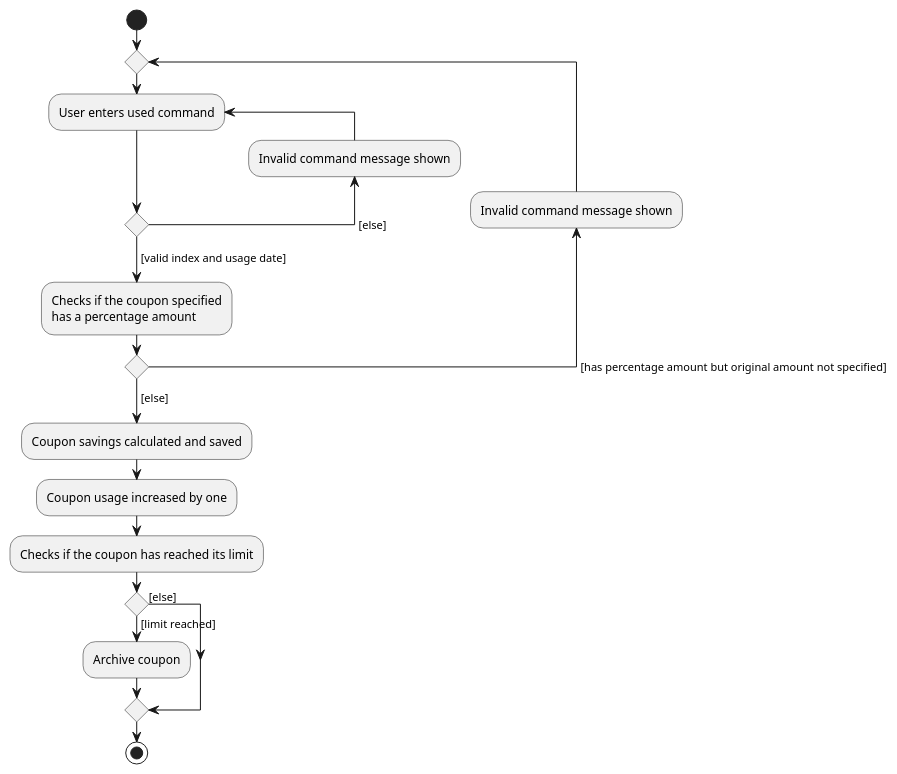
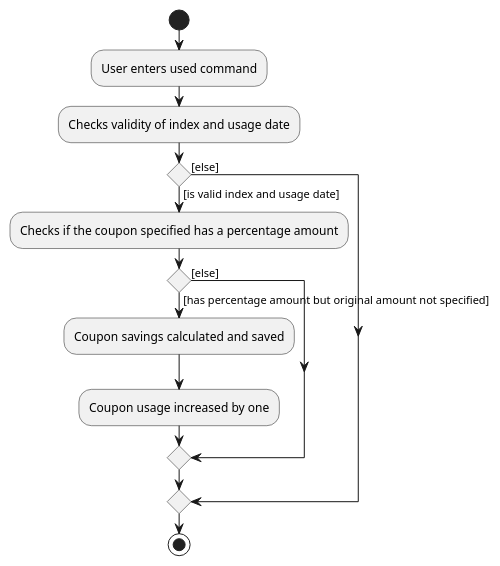
Before and after one commit to nus-cs2103-AY1920S2/addressbook-level3: the diagram in docs/diagrams/UsedCommandActivityDiagram.puml, drawn with PlantUML. The commit also changed 4 other files, not shown here.

Commit message:
Update UsedCommandActivityDiagram and UiClassDiagram

```diff
--- a/docs/diagrams/UsedCommandActivityDiagram.puml
+++ b/docs/diagrams/UsedCommandActivityDiagram.puml
@@ -1,24 +1,17 @@
 @startuml
 
 start
-repeat
-    repeat :User enters used command;
-    backward :Invalid command message shown;
-    repeat while () ->[else]
-    ->[valid index and usage date];
-    :Checks if the coupon specified
-    has a percentage amount;
-backward :Invalid command message shown;
-repeat while () ->[has percentage amount but original amount not specified]
-->[else];
-:Coupon savings calculated and saved;
-:Coupon usage increased by one;
-:Checks if the coupon has reached its limit;
-
-if () then ([limit reached])
-    :Archive coupon;
+:User enters used command;
+:Checks validity of index and usage date;
+if () then ([is valid index and usage date])
+    :Checks if the coupon specified has a percentage amount;
+    if () then ([has percentage amount but original amount not specified])
+        :Coupon savings calculated and saved;
+        :Coupon usage increased by one;
+    else ([else])
+    endif
 else ([else])
 endif
 stop
 
 @enduml
```
